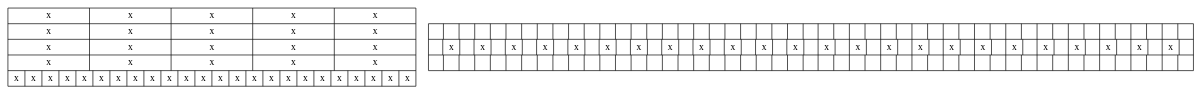
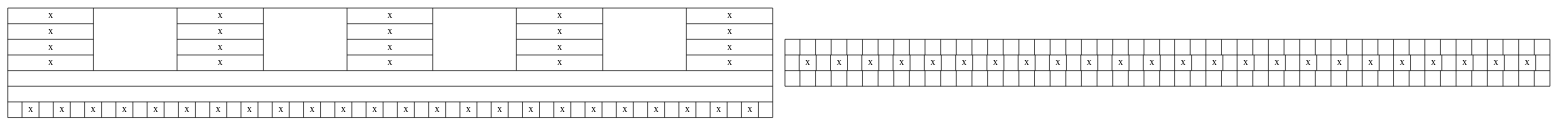
Before and after one commit to alslug/alslug.dk: the diagram in projekter/patch-paneler.dot, drawn with Graphviz.

```diff
--- a/projekter/patch-paneler.dot
+++ b/projekter/patch-paneler.dot
@@ -1,17 +1,17 @@
 digraph xxx {
   bib_patch [ shape=record label="{
   					{
-						{x|x|x|x}|
-						{x|x|x|x}|
-						{x|x|x|x}|
-						{x|x|x|x}|
+						{x|x|x|x}||
+						{x|x|x|x}||
+						{x|x|x|x}||
+						{x|x|x|x}||
 						{x|x|x|x}
-					}|
-					{x|x|x|x|x|x|x|x|x|x|x|x|x|x|x|x|x|x|x|x|x|x|x|x}
+					}|||
+					{|x||x||x||x||x||x||x||x||x||x||x||x||x||x||x||x||x||x||x||x||x||x||x||x|}
 					}" ];
   alslug_patch [ shape=record label="{
 					{ | | | | | | | | | | | | | | | | | | | | | | | | | | | | | | | | | | | | | | | | | | | | | | | | }|
 					{ |x| |x| |x| |x| |x| |x| |x| |x| |x| |x| |x| |x| |x| |x| |x| |x| |x| |x| |x| |x| |x| |x| |x| |x| }|
 					{ | | | | | | | | | | | | | | | | | | | | | | | | | | | | | | | | | | | | | | | | | | | | | | | | }
           }" ];  
 }
```
